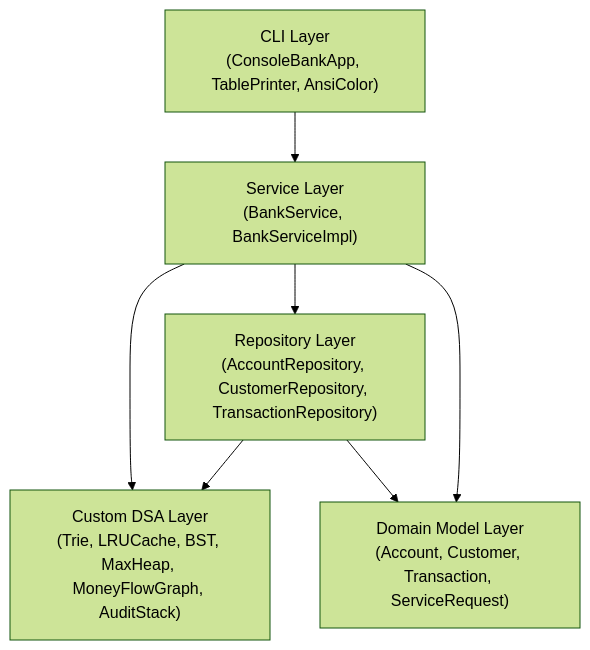
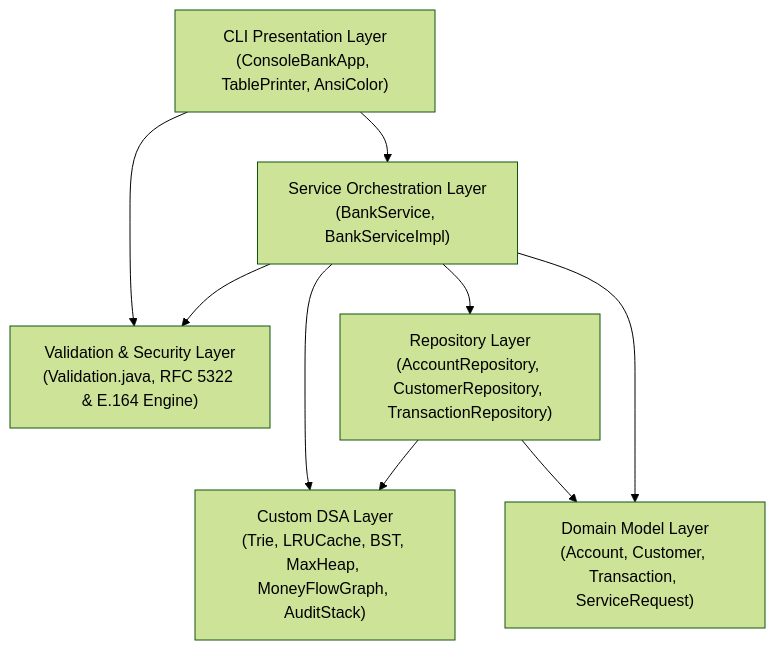
The diagram in README.md (abhaymaurya343/bank-app-cli), drawn with Mermaid (forest theme) before and after one commit. The commit also changed other lines of this file, not shown here.

Commit message:
docs: update README with enterprise validation specs, error recovery guides, and dual-engine instructions

````diff
--- a/README.md
+++ b/README.md
@@ -49,15 +55,18 @@
 ```mermaid
 flowchart TD
-    CLI["CLI Layer\n(ConsoleBankApp, TablePrinter, AnsiColor)"]
-    Service["Service Layer\n(BankService, BankServiceImpl)"]
+    CLI["CLI Presentation Layer\n(ConsoleBankApp, TablePrinter, AnsiColor)"]
+    Service["Service Orchestration Layer\n(BankService, BankServiceImpl)"]
+    Validation["Validation & Security Layer\n(Validation.java, RFC 5322 & E.164 Engine)"]
     Repo["Repository Layer\n(AccountRepository, CustomerRepository, TransactionRepository)"]
     DSA["Custom DSA Layer\n(Trie, LRUCache, BST, MaxHeap, MoneyFlowGraph, AuditStack)"]
     Domain["Domain Model Layer\n(Account, Customer, Transaction, ServiceRequest)"]
 
+    CLI --> Validation
     CLI --> Service
+    Service --> Validation
     Service --> Repo
     Service --> DSA
     Repo --> DSA
     Repo --> Domain
     Service --> Domain
 ```
````
